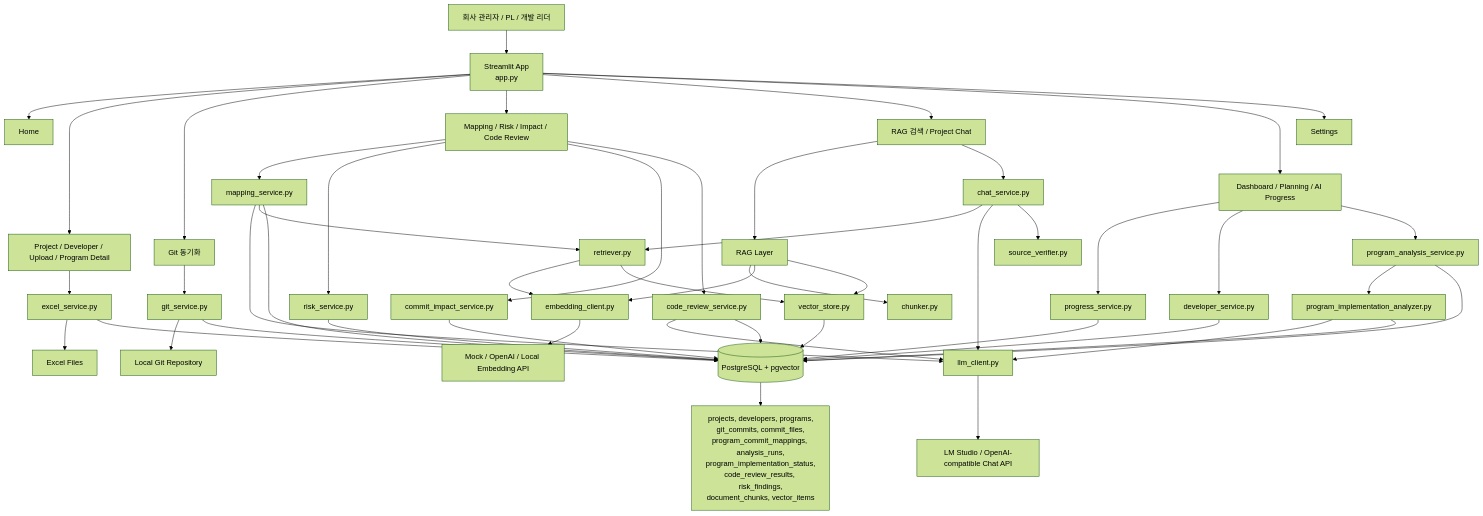
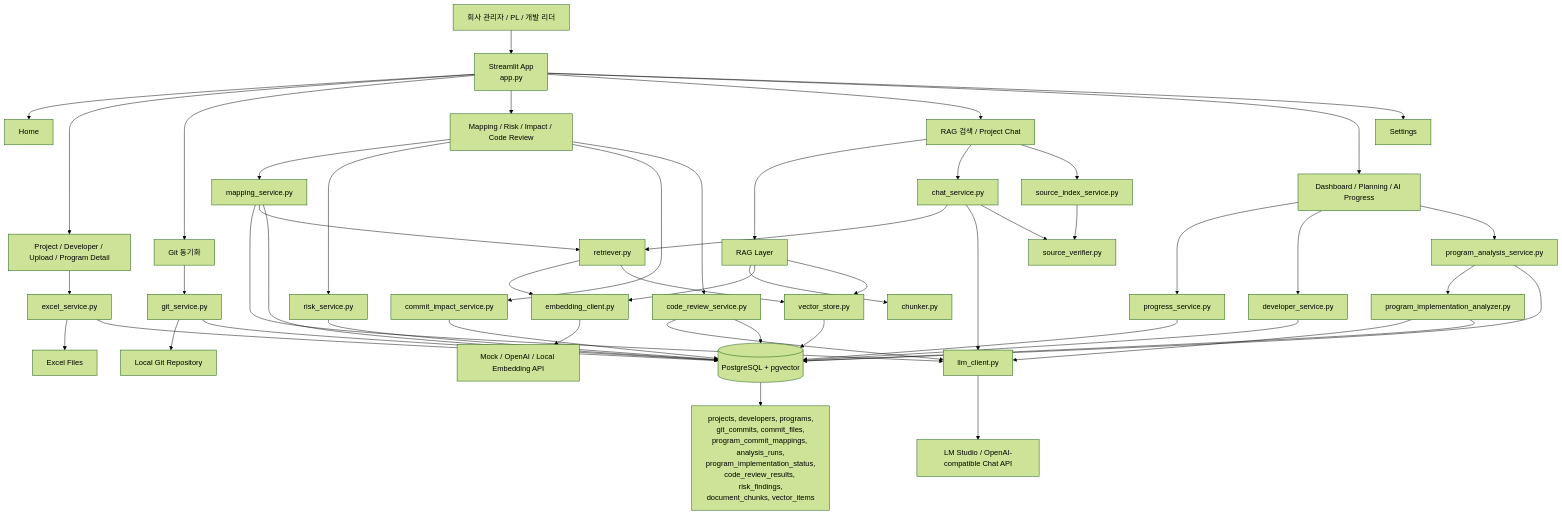
Before and after one commit to ino5/ai-commit-advisor-26: the first of 7 diagrams in README_ARCHITECTURE.md, drawn with Mermaid (forest theme). The commit also changed other lines of this file and 8 other files, not shown here.

Commit message:
Add source index refresh status

````diff
--- a/README_ARCHITECTURE.md
+++ b/README_ARCHITECTURE.md
@@ -7,57 +7,59 @@
 ```mermaid
 flowchart TB
     User["회사 관리자 / PL / 개발 리더"] --> Streamlit["Streamlit App<br/>app.py"]
 
     Streamlit --> Home["Home"]
     Streamlit --> ProjectUI["Project / Developer / Upload / Program Detail"]
     Streamlit --> GitUI["Git 동기화"]
     Streamlit --> MappingUI["Mapping / Risk / Impact / Code Review"]
     Streamlit --> RagUI["RAG 검색 / Project Chat"]
     Streamlit --> DashboardUI["Dashboard / Planning / AI Progress"]
     Streamlit --> SettingsUI["Settings"]
 
     ProjectUI --> ExcelService["excel_service.py"]
     GitUI --> GitService["git_service.py"]
     MappingUI --> MappingService["mapping_service.py"]
     MappingUI --> RiskService["risk_service.py"]
     MappingUI --> ImpactService["commit_impact_service.py"]
     MappingUI --> CodeReviewService["code_review_service.py"]
     RagUI --> RagLayer["RAG Layer"]
     RagUI --> ChatService["chat_service.py"]
     DashboardUI --> ProgressService["progress_service.py"]
     DashboardUI --> DeveloperService["developer_service.py"]
     DashboardUI --> ProgramAnalysisService["program_analysis_service.py"]
 
     MappingService --> LLMClient["llm_client.py"]
     CodeReviewService --> LLMClient
     ProgramAnalysisService --> ImplementationAnalyzer["program_implementation_analyzer.py"]
     ImplementationAnalyzer --> LLMClient
     MappingService --> Retriever["retriever.py"]
     Retriever --> EmbeddingClient["embedding_client.py"]
     Retriever --> VectorStore["vector_store.py"]
     ChatService --> Retriever
     ChatService --> LLMClient
     ChatService --> SourceVerifier["source_verifier.py"]
+    RagUI --> SourceIndexService["source_index_service.py"]
+    SourceIndexService --> SourceVerifier
     RagLayer --> Chunker["chunker.py"]
     RagLayer --> EmbeddingClient
     RagLayer --> VectorStore
 
     LLMClient --> LocalLLM["LM Studio / OpenAI-compatible Chat API"]
     EmbeddingClient --> EmbeddingAPI["Mock / OpenAI / Local Embedding API"]
     GitService --> LocalGit["Local Git Repository"]
     ExcelService --> ExcelFiles["Excel Files"]
 
     ExcelService --> DB[(PostgreSQL + pgvector)]
     GitService --> DB
     MappingService --> DB
     RiskService --> DB
     ImpactService --> DB
     CodeReviewService --> DB
     ProgressService --> DB
     DeveloperService --> DB
     ProgramAnalysisService --> DB
     ImplementationAnalyzer --> DB
     VectorStore --> DB
 
     DB --> Tables["projects, developers, programs,<br/>git_commits, commit_files,<br/>program_commit_mappings, analysis_runs,<br/>program_implementation_status,<br/>code_review_results, risk_findings,<br/>document_chunks, vector_items"]
 ```
````
